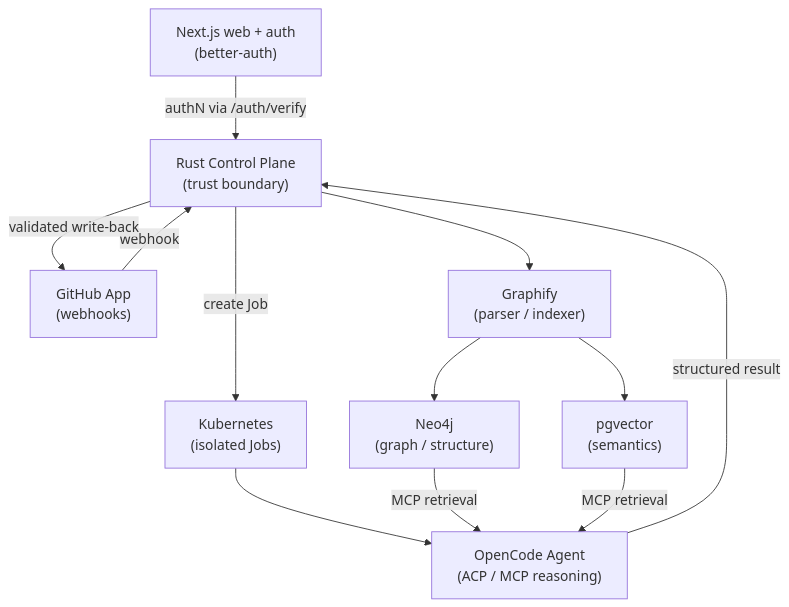
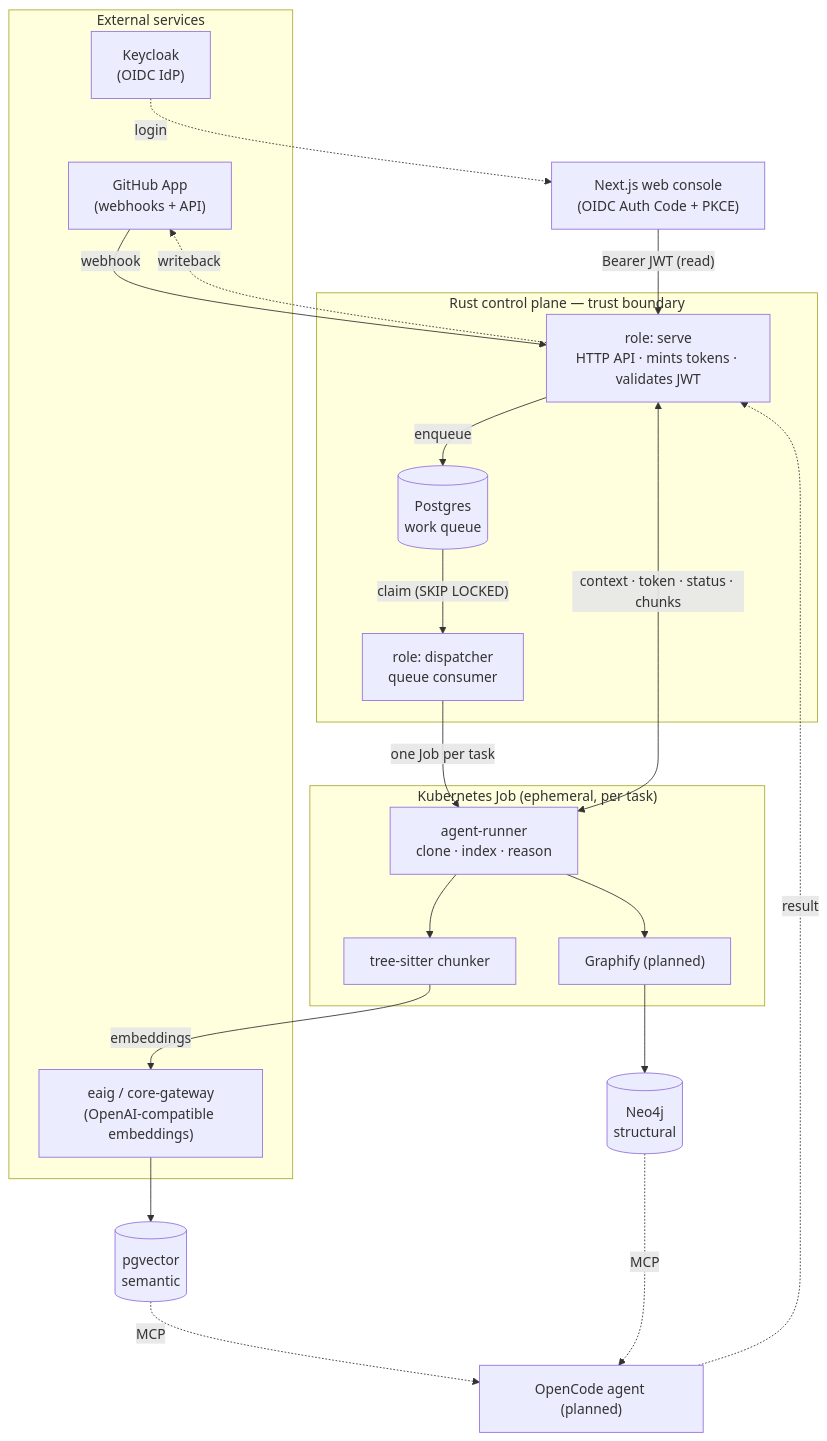
Before and after one commit to vymalo/lightbridge-code-intelligence: the first of 4 diagrams in README.md, drawn with Mermaid. The commit also changed other lines of this file, not shown here.

First line of the commit message:
docs(readme): clarify dual-indexer rationale + accurate architecture/state diagrams

````diff
--- a/README.md
+++ b/README.md
@@ -15,14 +22,43 @@
 ```mermaid
 flowchart TD
-    WEB["Next.js web + auth<br/>(better-auth)"] -->|authN via /auth/verify| CP
-    GH["GitHub App<br/>(webhooks)"] -->|webhook| CP["Rust Control Plane<br/>(trust boundary)"]
-    CP -->|validated write-back| GH
-    CP -->|create Job| K8S["Kubernetes<br/>(isolated Jobs)"]
-    CP --> GRAPHIFY["Graphify<br/>(parser / indexer)"]
-    GRAPHIFY --> NEO["Neo4j<br/>(graph / structure)"]
-    GRAPHIFY --> VEC["pgvector<br/>(semantics)"]
-    K8S --> AGENT["OpenCode Agent<br/>(ACP / MCP reasoning)"]
-    NEO -->|MCP retrieval| AGENT
-    VEC -->|MCP retrieval| AGENT
-    AGENT -->|structured result| CP
+    subgraph external["External services"]
+        GH["GitHub App<br/>(webhooks + API)"]
+        KC["Keycloak<br/>(OIDC IdP)"]
+        EAIG["eaig / core-gateway<br/>(OpenAI-compatible embeddings)"]
+    end
+
+    WEB["Next.js web console<br/>(OIDC Auth Code + PKCE)"]
+
+    subgraph cp["Rust control plane — trust boundary"]
+        SERVE["role: serve<br/>HTTP API · mints tokens · validates JWT"]
+        DISP["role: dispatcher<br/>queue consumer"]
+        Q[("Postgres<br/>work queue")]
+    end
+
+    subgraph job["Kubernetes Job (ephemeral, per task)"]
+        RUNNER["agent-runner<br/>clone · index · reason"]
+        TS["tree-sitter chunker"]
+        GFY["Graphify (planned)"]
+    end
+
+    VEC[("pgvector<br/>semantic")]
+    NEO[("Neo4j<br/>structural")]
+    AGENT["OpenCode agent (planned)"]
+
+    KC -. login .-> WEB
+    WEB -->|"Bearer JWT (read)"| SERVE
+    GH -->|webhook| SERVE
+    SERVE -->|enqueue| Q
+    Q -->|"claim (SKIP LOCKED)"| DISP
+    DISP -->|"one Job per task"| RUNNER
+    SERVE <-->|"context · token · status · chunks"| RUNNER
+    RUNNER --> TS
+    RUNNER --> GFY
+    TS -->|embeddings| EAIG
+    EAIG --> VEC
+    GFY --> NEO
+    VEC -. MCP .-> AGENT
+    NEO -. MCP .-> AGENT
+    AGENT -. result .-> SERVE
+    SERVE -. writeback .-> GH
 ```
````
